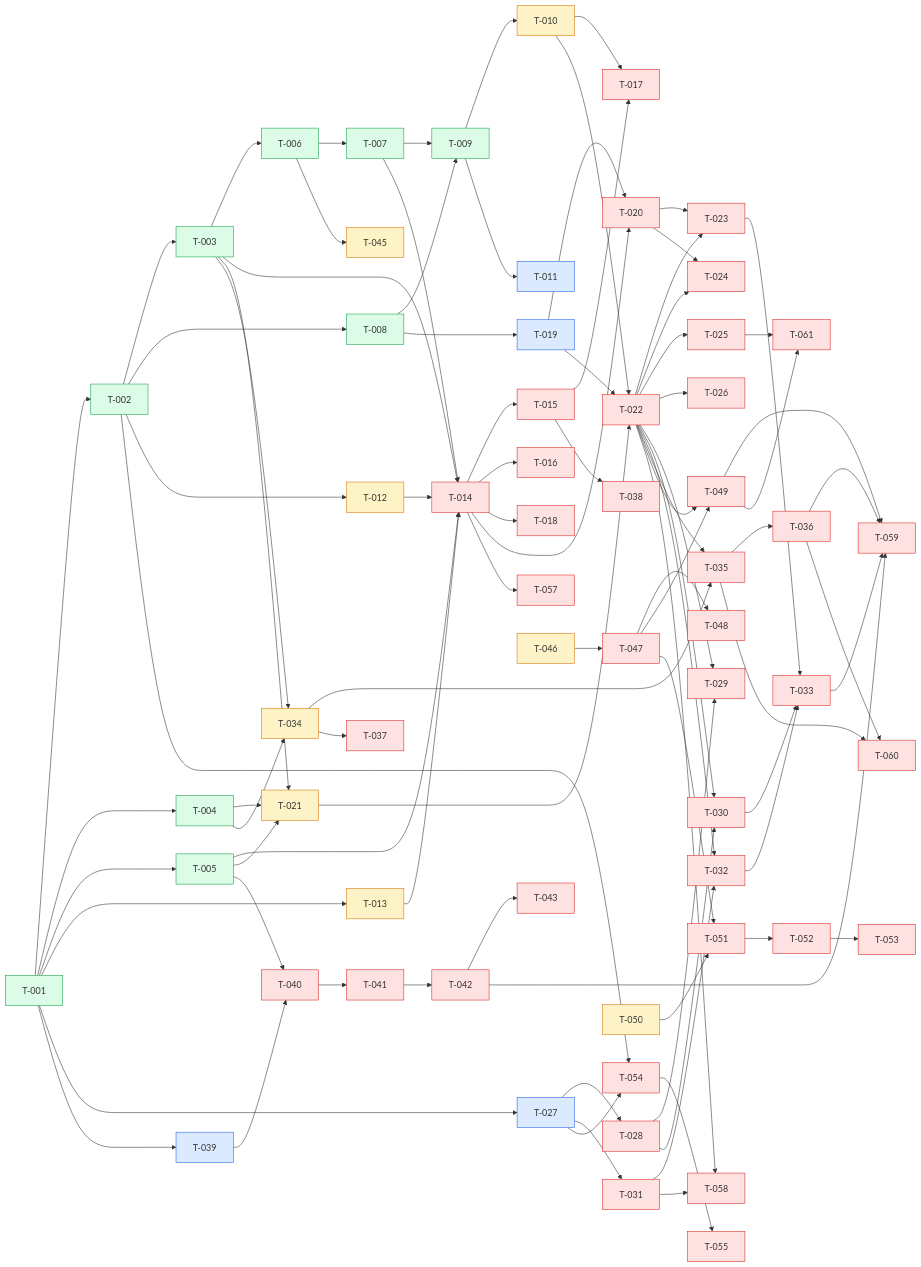
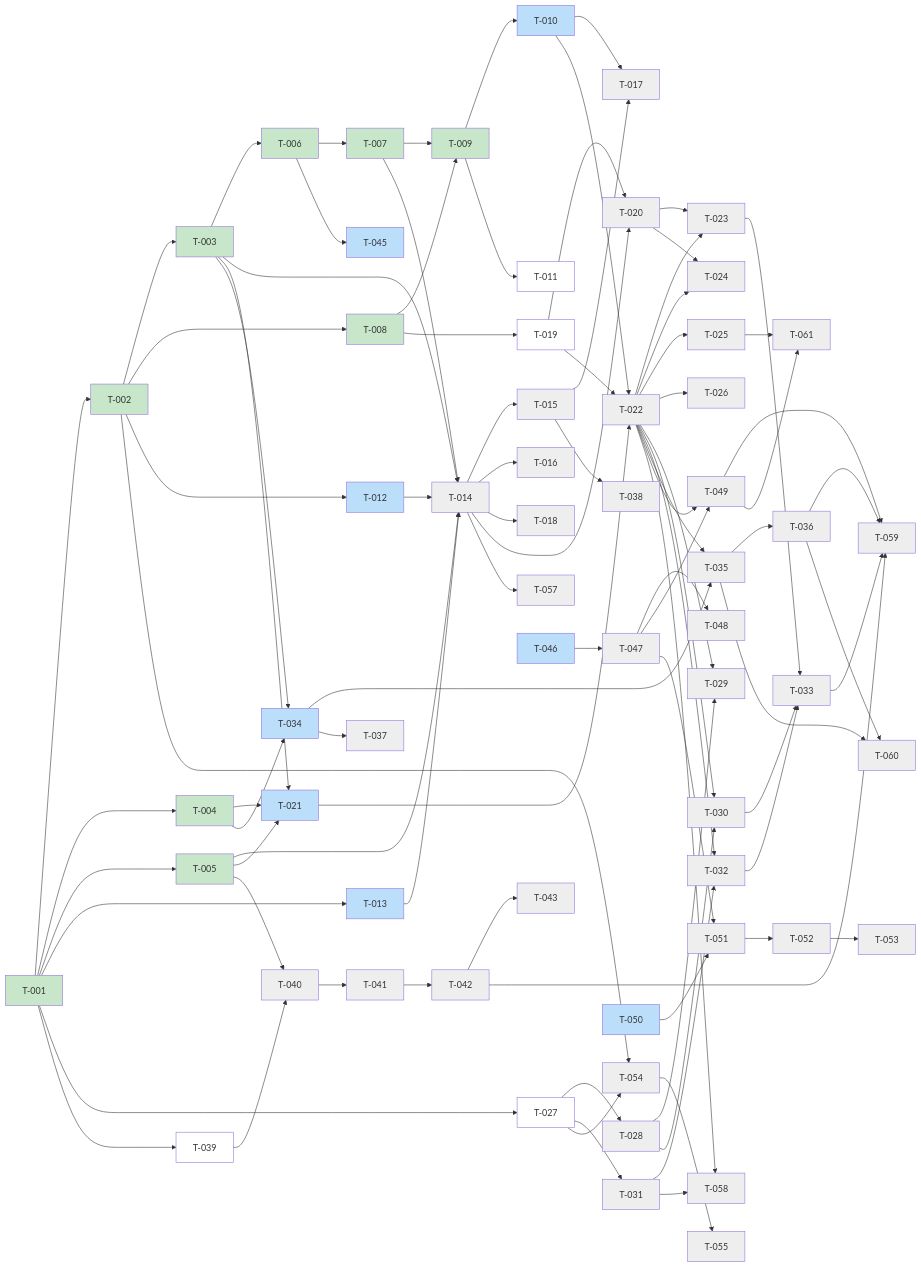
One commit to scholtz/biatec-chat changed the diagram in kanban/BOARD.md. Above: the diagram before and after it, drawn with Mermaid. The commit also changed other lines of this file and 13 other files, not shown here.

````diff
--- a/kanban/BOARD.md
+++ b/kanban/BOARD.md
@@ -183,71 +183,13 @@
   T036[T-036] --> T060[T-060]
   T025[T-025] --> T061[T-061]
   T049[T-049] --> T061[T-061]
-  classDef backlog fill:#dbeafe,stroke:#2563eb
-  classDef prog fill:#fef3c7,stroke:#d97706
-  classDef blocked fill:#fee2e2,stroke:#dc2626
-  classDef review fill:#ede9fe,stroke:#7c3aed
-  classDef done fill:#dcfce7,stroke:#16a34a
-  class T001 done
-  class T002 done
-  class T003 done
-  class T004 done
-  class T005 done
-  class T006 done
-  class T007 done
-  class T008 done
-  class T009 done
-  class T010 prog
-  class T011 backlog
-  class T012 prog
-  class T013 prog
-  class T014 blocked
-  class T015 blocked
-  class T016 blocked
-  class T017 blocked
-  class T018 blocked
-  class T019 backlog
-  class T020 blocked
-  class T021 prog
-  class T022 blocked
-  class T023 blocked
-  class T024 blocked
-  class T025 blocked
-  class T026 blocked
-  class T027 backlog
-  class T028 blocked
-  class T029 blocked
-  class T030 blocked
-  class T031 blocked
-  class T032 blocked
-  class T033 blocked
-  class T034 prog
-  class T035 blocked
-  class T036 blocked
-  class T037 blocked
-  class T038 blocked
-  class T039 backlog
-  class T040 blocked
-  class T041 blocked
-  class T042 blocked
-  class T043 blocked
-  class T044 prog
-  class T045 prog
-  class T046 prog
-  class T047 blocked
-  class T048 blocked
-  class T049 blocked
-  class T050 prog
-  class T051 blocked
-  class T052 blocked
-  class T053 blocked
-  class T054 blocked
-  class T055 blocked
-  class T056 backlog
-  class T057 blocked
-  class T058 blocked
-  class T059 blocked
-  class T060 blocked
-  class T061 blocked
-
+  classDef done fill:#c8e6c9
+  classDef review fill:#fff9c4
+  classDef inprogress fill:#bbdefb
+  classDef backlog fill:#ffffff
+  classDef blocked fill:#eeeeee
+  class T001,T002,T003,T004,T005,T006,T007,T008,T009 done
+  class T010,T012,T013,T021,T034,T044,T046,T050,T045 inprogress
+  class T019,T027,T039,T011,T056 backlog
+  class T014,T015,T020,T022,T023,T040,T041,T042,T017,T024,T028,T029,T030,T031,T032,T033,T035,T036,T038,T047,T049,T055,T059,T016,T018,T025,T026,T037,T043,T048,T051,T052,T054,T053,T057,T058,T060,T061 blocked
 ```
````
